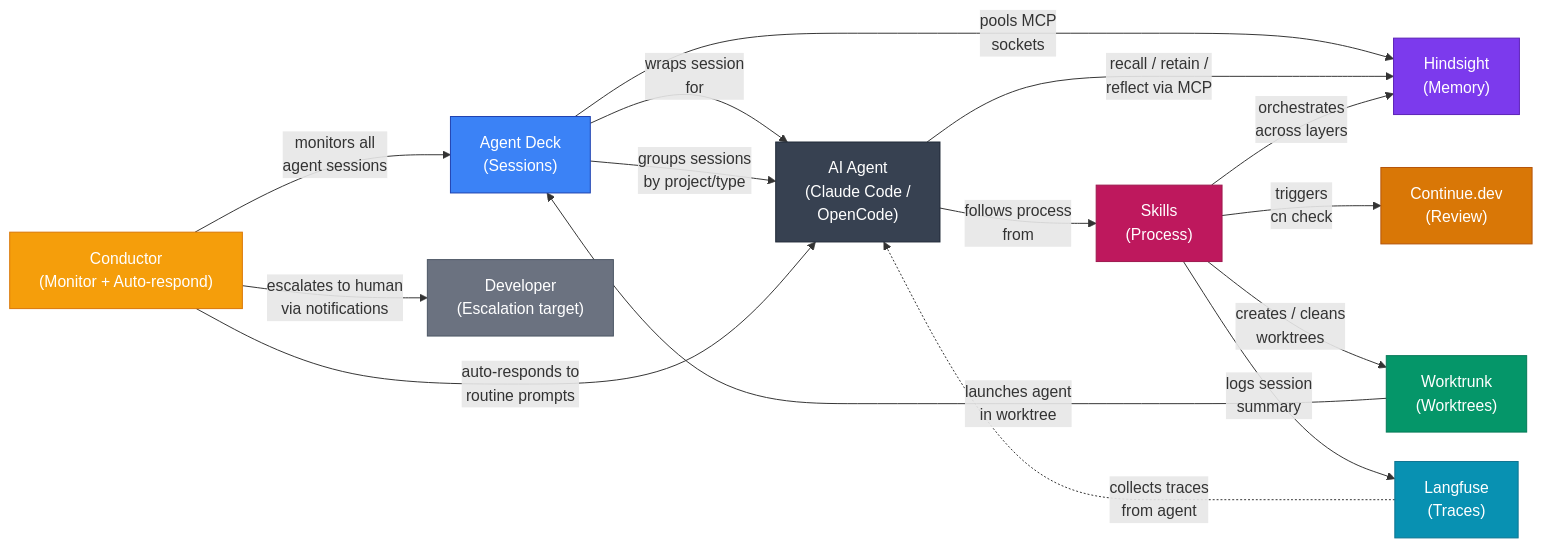
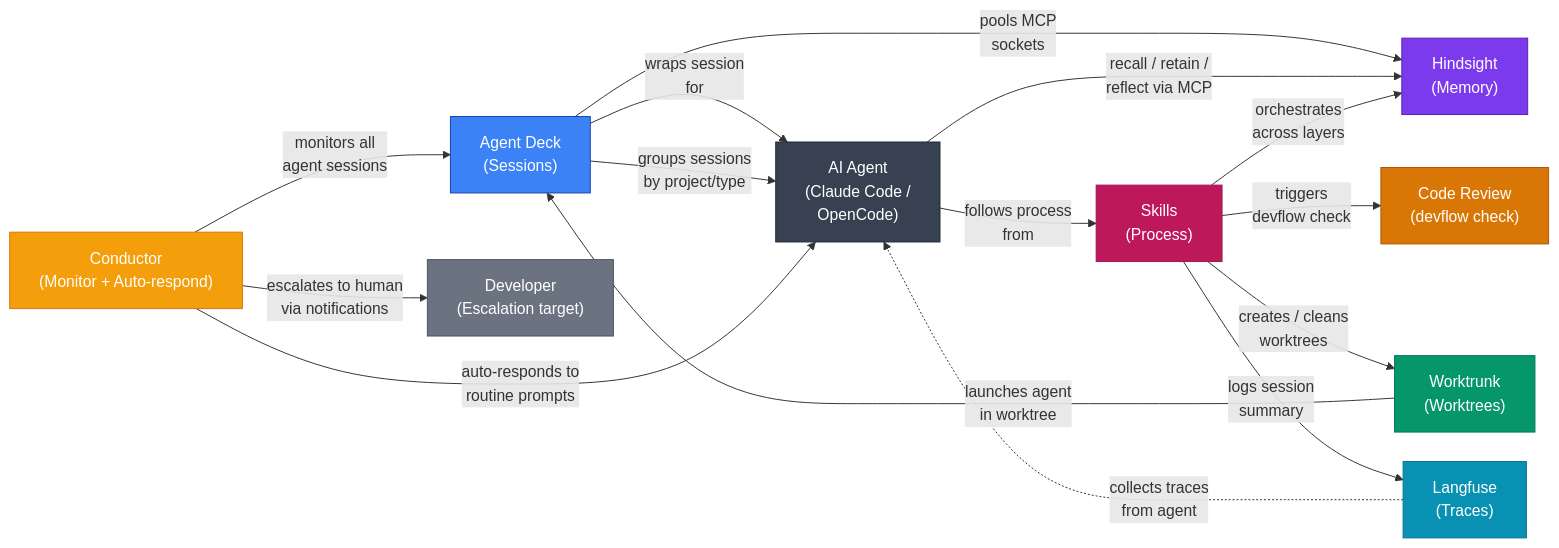
One commit to AndreJorgeLopes/devflow changed the second of 3 diagrams in visualizations/architecture/devflow-ecosystem.md. Above: the diagram before and after it, drawn with Mermaid. The commit also changed other lines of this file, not shown here.

Commit message:
refactor(visualizations): update devflow-ecosystem — Layer 4 now shows multi-CLI code review architecture

````diff
--- a/visualizations/architecture/devflow-ecosystem.md
+++ b/visualizations/architecture/devflow-ecosystem.md
@@ -94,48 +98,48 @@
 ```mermaid
 %%{init: {'flowchart': {'rankSpacing': 50, 'nodeSpacing': 30, 'diagramPadding': 15}}}%%
 graph LR
     AD["Agent Deck<br/>(Sessions)"]
     COND["Conductor<br/>(Monitor + Auto-respond)"]
     HS["Hindsight<br/>(Memory)"]
     WT["Worktrunk<br/>(Worktrees)"]
-    CN["Continue.dev<br/>(Review)"]
+    CR["Code Review<br/>(devflow check)"]
     SK["Skills<br/>(Process)"]
     LF["Langfuse<br/>(Traces)"]
     AGENT["AI Agent<br/>(Claude Code /<br/>OpenCode)"]
     HUMAN["Developer<br/>(Escalation target)"]
 
     WT -->|"launches agent<br/>in worktree"| AD
     AD -->|"pools MCP<br/>sockets"| HS
     AD -->|"wraps session<br/>for"| AGENT
     AD -->|"groups sessions<br/>by project/type"| AGENT
     COND -->|"monitors all<br/>agent sessions"| AD
     COND -->|"auto-responds to<br/>routine prompts"| AGENT
     COND -->|"escalates to human<br/>via notifications"| HUMAN
     AGENT -->|"recall / retain /<br/>reflect via MCP"| HS
     AGENT -->|"follows process<br/>from"| SK
     SK -->|"orchestrates<br/>across layers"| HS
-    SK -->|"triggers<br/>cn check"| CN
+    SK -->|"triggers<br/>devflow check"| CR
     SK -->|"creates / cleans<br/>worktrees"| WT
     SK -->|"logs session<br/>summary"| LF
     LF -.->|"collects traces<br/>from agent"| AGENT
 
     classDef hindsightStyle fill:#7c3aed,color:#fff,stroke:#5b21b6
     classDef agentDeckStyle fill:#3b82f6,color:#fff,stroke:#1e40af
     classDef worktrunkStyle fill:#059669,color:#fff,stroke:#047857
-    classDef continueStyle fill:#d97706,color:#fff,stroke:#b45309
+    classDef reviewStyle fill:#d97706,color:#fff,stroke:#b45309
     classDef skillsStyle fill:#be185d,color:#fff,stroke:#9d174d
     classDef langfuseStyle fill:#0891b2,color:#fff,stroke:#0e7490
     classDef agentStyle fill:#374151,color:#fff,stroke:#1f2937
     classDef conductorStyle fill:#f59e0b,color:#fff,stroke:#d97706
     classDef humanStyle fill:#6b7280,color:#fff,stroke:#4b5563
 
     class HS hindsightStyle
     class AD agentDeckStyle
     class WT worktrunkStyle
-    class CN continueStyle
+    class CR reviewStyle
     class SK skillsStyle
     class LF langfuseStyle
     class AGENT agentStyle
     class COND conductorStyle
     class HUMAN humanStyle
 ```
````
